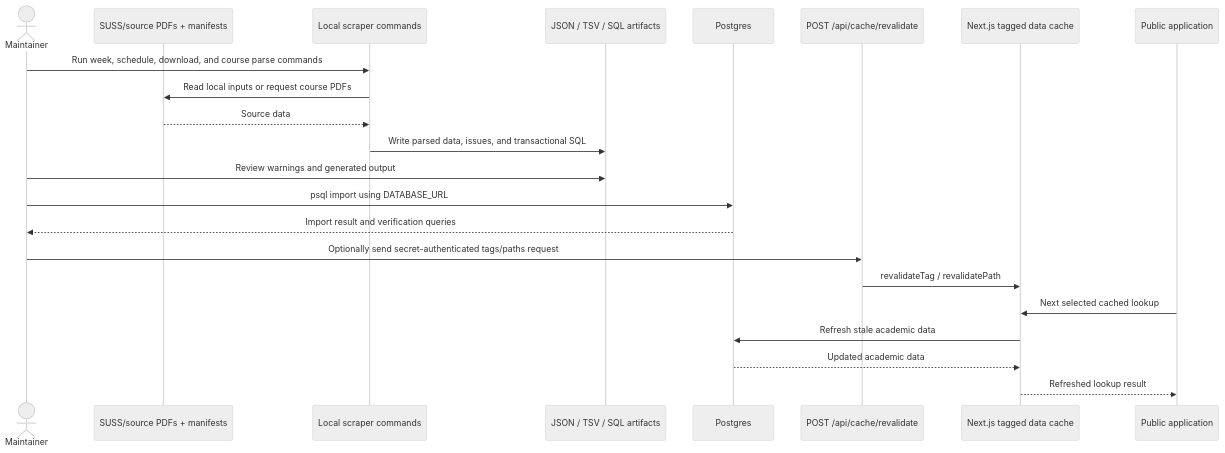
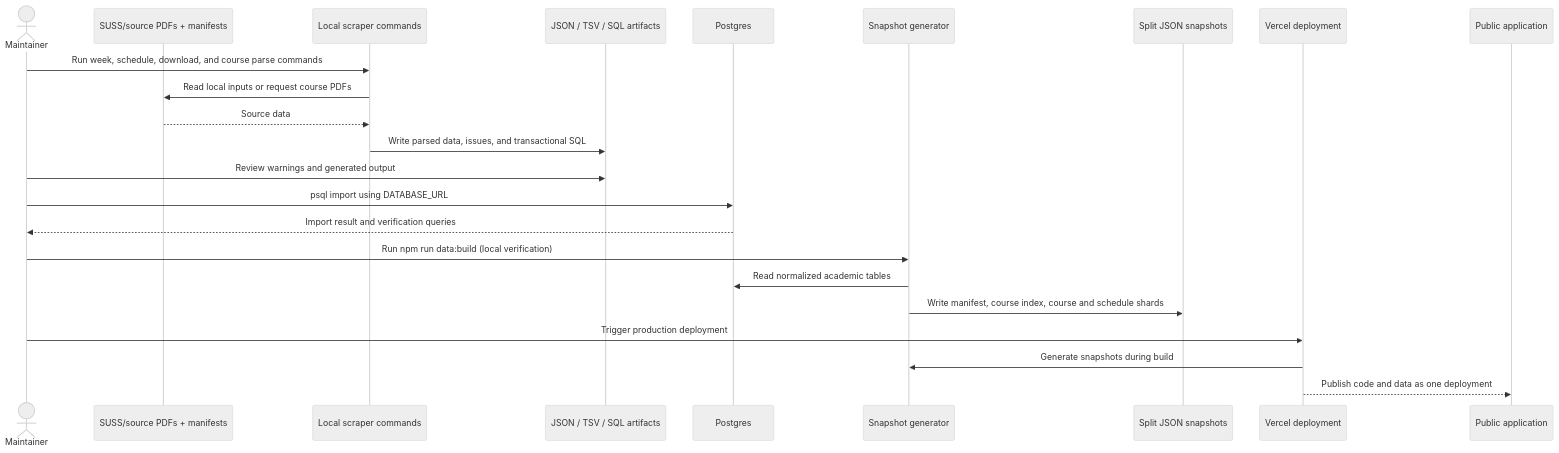
Diagram 18 of 18 in docs/DeveloperGuide.md (lester-td/SUSSplanner), drawn with Mermaid (neutral theme) before and after one commit. The commit also changed other lines of this file and 4 other files, not shown here.

First line of the commit message:
Document build-time snapshot operations

````diff
--- a/docs/DeveloperGuide.md
+++ b/docs/DeveloperGuide.md
@@ -1389,25 +1396,26 @@
 ```mermaid
 sequenceDiagram
     actor Maintainer
     participant Source as SUSS/source PDFs + manifests
     participant Scraper as Local scraper commands
     participant Artifacts as JSON / TSV / SQL artifacts
     participant DB as Postgres
-    participant Revalidate as POST /api/cache/revalidate
-    participant Cache as Next.js tagged data cache
+    participant Build as Snapshot generator
+    participant Snapshot as Split JSON snapshots
+    participant Deploy as Vercel deployment
     participant App as Public application
 
     Maintainer->>Scraper: Run week, schedule, download, and course parse commands
     Scraper->>Source: Read local inputs or request course PDFs
     Source-->>Scraper: Source data
     Scraper->>Artifacts: Write parsed data, issues, and transactional SQL
     Maintainer->>Artifacts: Review warnings and generated output
     Maintainer->>DB: psql import using DATABASE_URL
     DB-->>Maintainer: Import result and verification queries
-    Maintainer->>Revalidate: Optionally send secret-authenticated tags/paths request
-    Revalidate->>Cache: revalidateTag / revalidatePath
-    App->>Cache: Next selected cached lookup
-    Cache->>DB: Refresh stale academic data
-    DB-->>Cache: Updated academic data
-    Cache-->>App: Refreshed lookup result
+    Maintainer->>Build: Run npm run data:build (local verification)
+    Build->>DB: Read normalized academic tables
+    Build->>Snapshot: Write manifest, course index, course and schedule shards
+    Maintainer->>Deploy: Trigger production deployment
+    Deploy->>Build: Generate snapshots during build
+    Deploy-->>App: Publish code and data as one deployment
 ```
````
